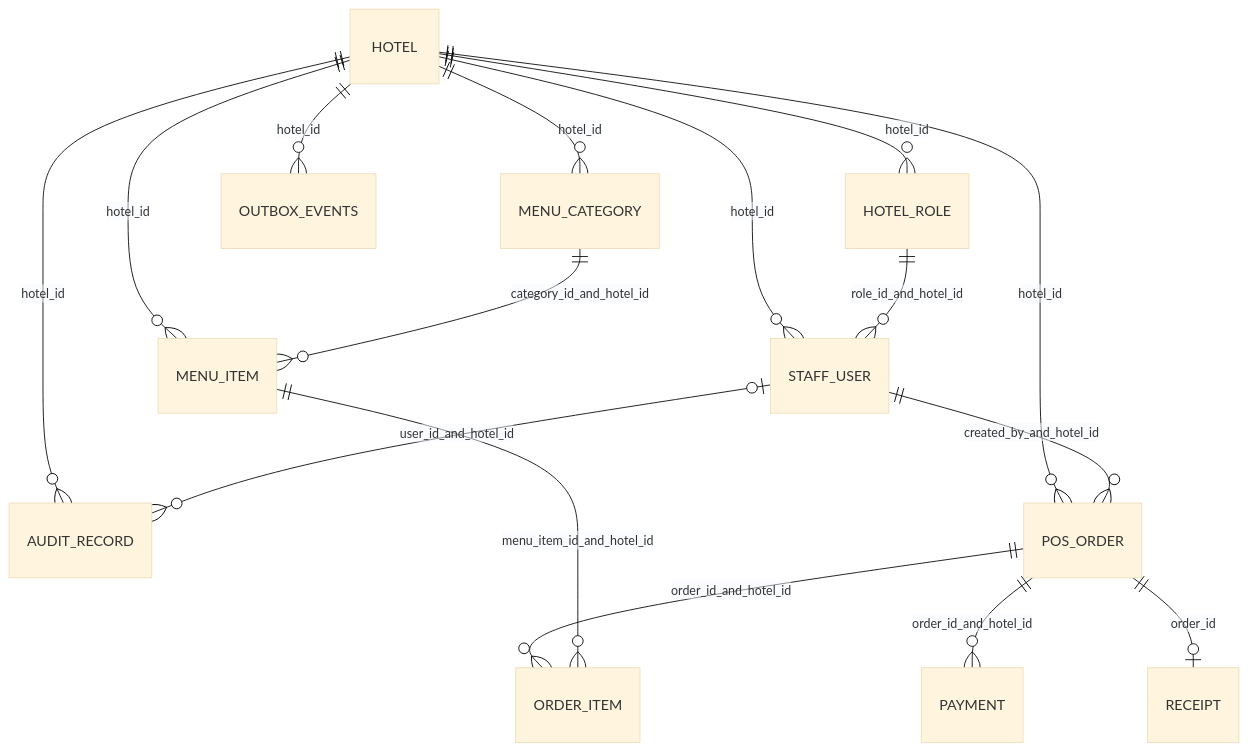
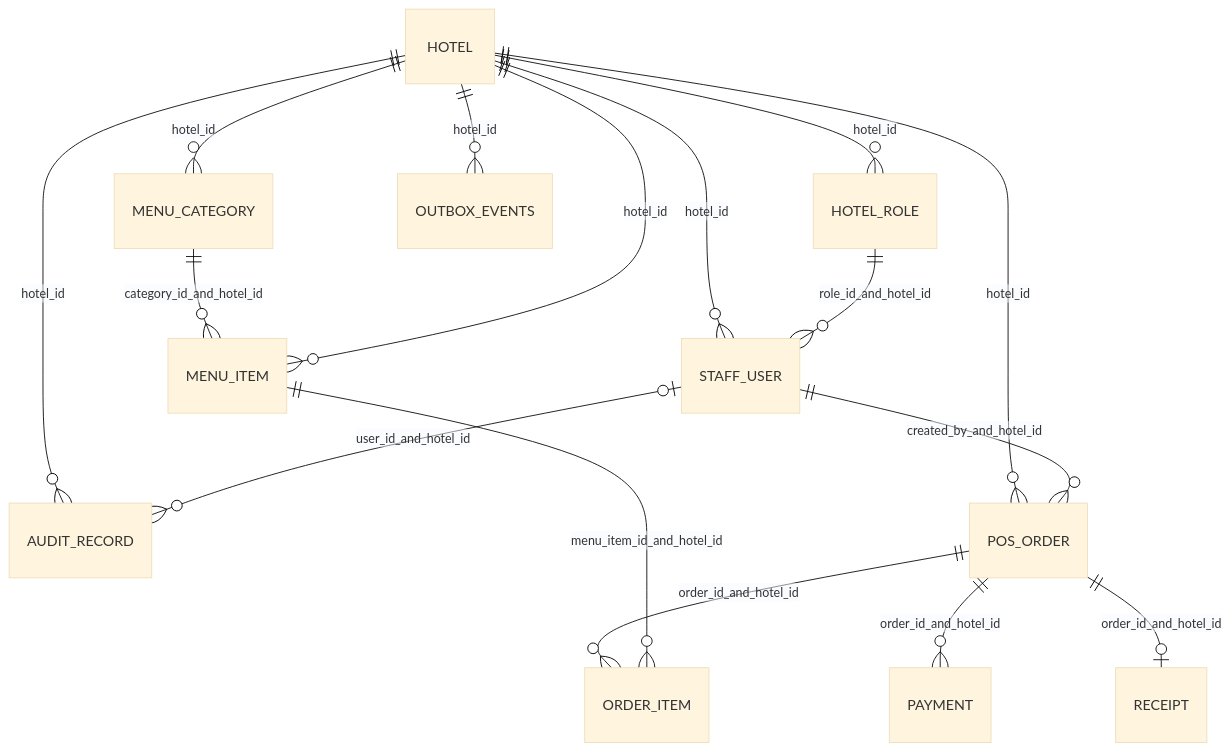
Before and after one commit to PrajuNelja/URQR: the diagram in backend/urqr-server/src/main/resources/ENTITY_MODEL_AND_RELATIONSHIPS.md, drawn with Mermaid (base theme). The commit also changed other lines of this file and 70 other files, not shown here.

````diff
--- a/backend/urqr-server/src/main/resources/ENTITY_MODEL_AND_RELATIONSHIPS.md
+++ b/backend/urqr-server/src/main/resources/ENTITY_MODEL_AND_RELATIONSHIPS.md
@@ -117,18 +117,18 @@
 ```mermaid
 erDiagram
     HOTEL ||--o{ HOTEL_ROLE : hotel_id
     HOTEL ||--o{ STAFF_USER : hotel_id
     HOTEL_ROLE ||--o{ STAFF_USER : role_id_and_hotel_id
     HOTEL ||--o{ AUDIT_RECORD : hotel_id
     STAFF_USER o|--o{ AUDIT_RECORD : user_id_and_hotel_id
     HOTEL ||--o{ MENU_CATEGORY : hotel_id
+    MENU_CATEGORY ||--o{ MENU_ITEM : category_id_and_hotel_id
     HOTEL ||--o{ MENU_ITEM : hotel_id
-    MENU_CATEGORY ||--o{ MENU_ITEM : category_id_and_hotel_id
     HOTEL ||--o{ POS_ORDER : hotel_id
     STAFF_USER ||--o{ POS_ORDER : created_by_and_hotel_id
     POS_ORDER ||--o{ ORDER_ITEM : order_id_and_hotel_id
     MENU_ITEM ||--o{ ORDER_ITEM : menu_item_id_and_hotel_id
     POS_ORDER ||--o{ PAYMENT : order_id_and_hotel_id
-    POS_ORDER ||--o| RECEIPT : order_id
+    POS_ORDER ||--o| RECEIPT : order_id_and_hotel_id
     HOTEL ||--o{ OUTBOX_EVENTS : hotel_id
 ```
````
